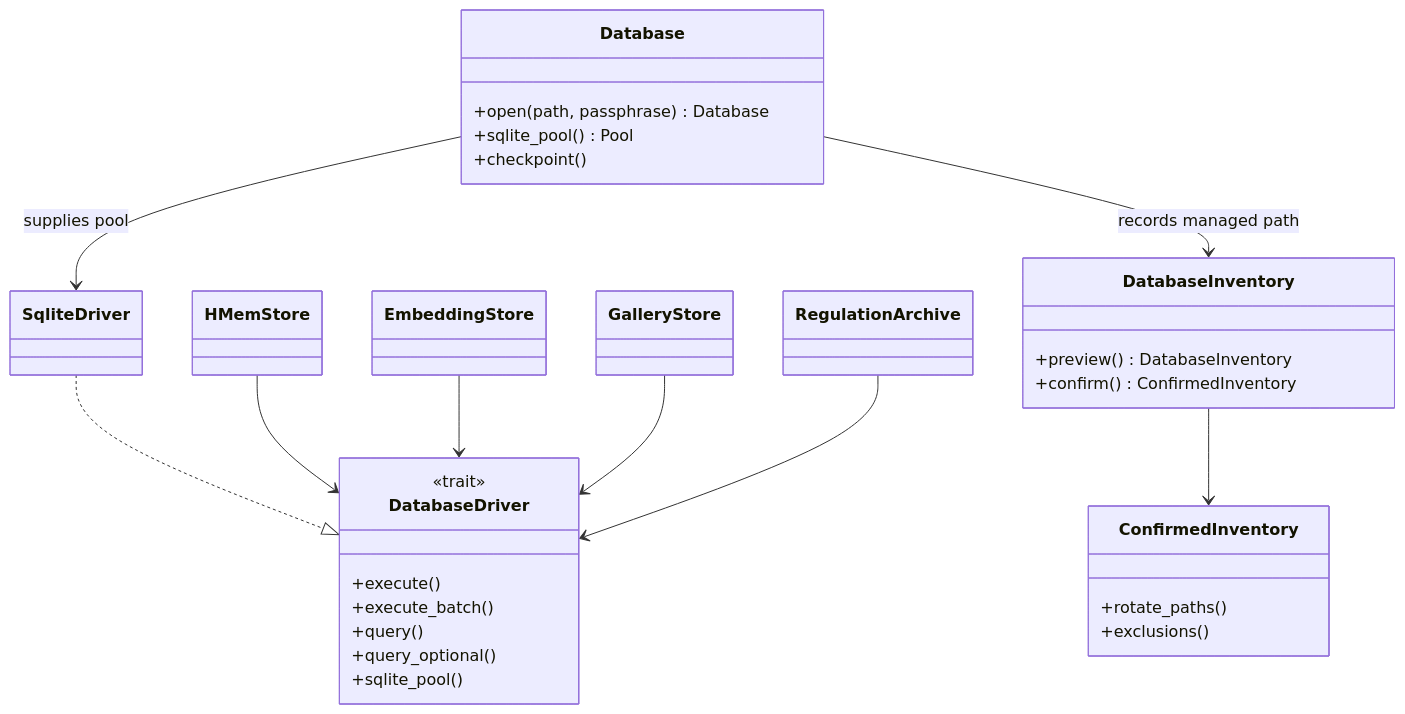
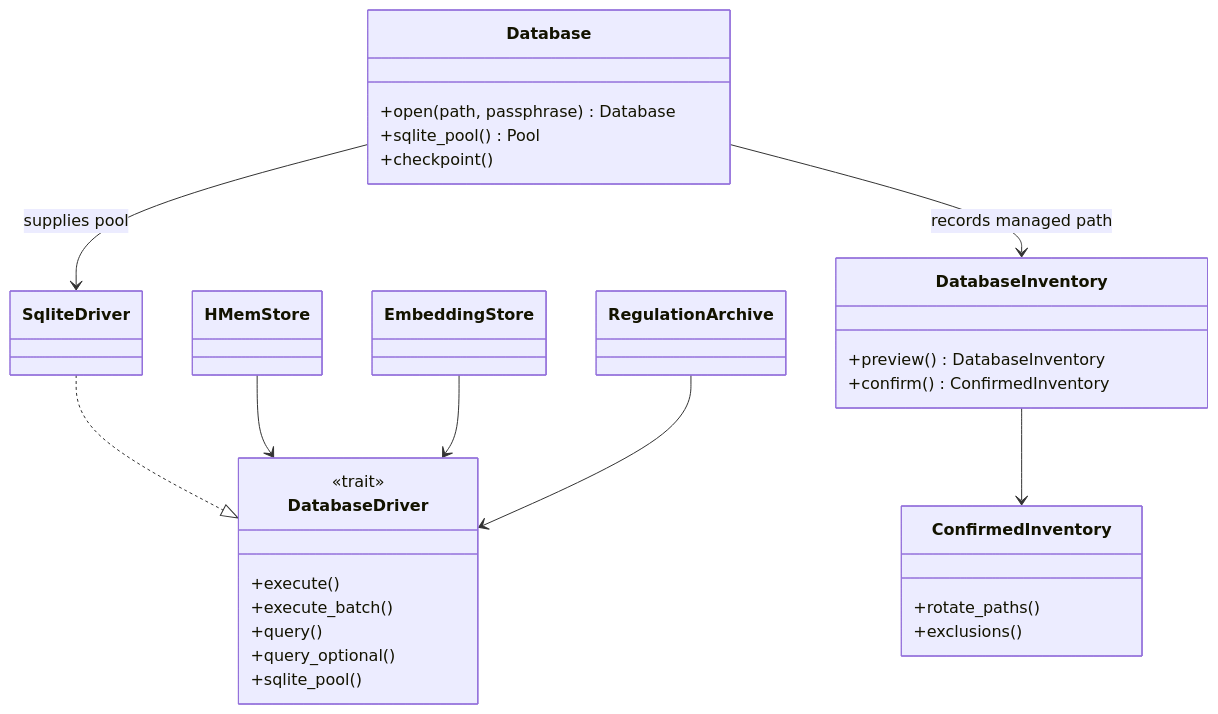
One commit to mdz-axo/zed-kask changed the first of 4 diagrams in kask/docs/diataxis/hkask-storage/reference.md. Above: the diagram before and after it, drawn with Mermaid. The commit also changed other lines of this file and 18 other files, not shown here.

````diff
--- a/kask/docs/diataxis/hkask-storage/reference.md
+++ b/kask/docs/diataxis/hkask-storage/reference.md
@@ -48,39 +48,37 @@
 ```mermaid
 classDiagram
     class Database {
         +open(path, passphrase) Database
         +sqlite_pool() Pool
         +checkpoint()
     }
     class DatabaseDriver {
         <<trait>>
         +execute()
         +execute_batch()
         +query()
         +query_optional()
         +sqlite_pool()
     }
     class SqliteDriver
     class DatabaseInventory {
         +preview() DatabaseInventory
         +confirm() ConfirmedInventory
     }
     class ConfirmedInventory {
         +rotate_paths()
         +exclusions()
     }
     class HMemStore
     class EmbeddingStore
-    class GalleryStore
     class RegulationArchive
 
     SqliteDriver ..|> DatabaseDriver
     Database --> SqliteDriver : supplies pool
     Database --> DatabaseInventory : records managed path
     DatabaseInventory --> ConfirmedInventory
     HMemStore --> DatabaseDriver
     EmbeddingStore --> DatabaseDriver
-    GalleryStore --> DatabaseDriver
     RegulationArchive --> DatabaseDriver
 
 ```
````
